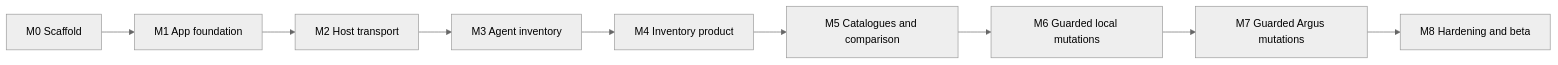
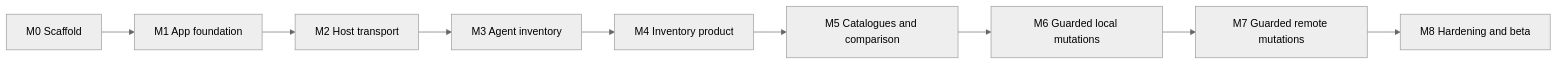
The diagram in docs/IMPLEMENTATION_PLAN.md (l0cka/kitroom), drawn with Mermaid (neutral theme) before and after one commit. The commit also changed other lines of this file and 9 other files, not shown here.

````diff
--- a/docs/IMPLEMENTATION_PLAN.md
+++ b/docs/IMPLEMENTATION_PLAN.md
@@ -120,11 +121,11 @@
 ```mermaid
 flowchart LR
     M0["M0 Scaffold"] --> M1["M1 App foundation"]
     M1 --> M2["M2 Host transport"]
     M2 --> M3["M3 Agent inventory"]
     M3 --> M4["M4 Inventory product"]
     M4 --> M5["M5 Catalogues and comparison"]
     M5 --> M6["M6 Guarded local mutations"]
-    M6 --> M7["M7 Guarded Argus mutations"]
+    M6 --> M7["M7 Guarded remote mutations"]
     M7 --> M8["M8 Hardening and beta"]
 ```
````
